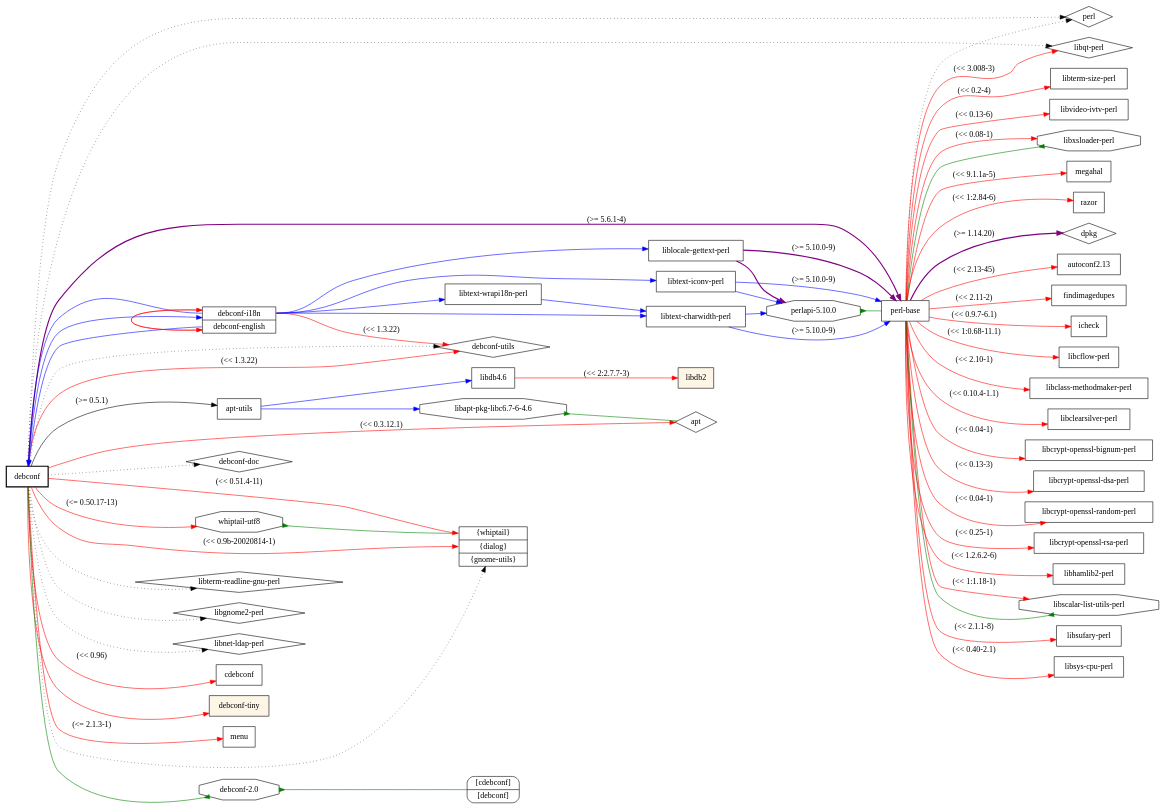
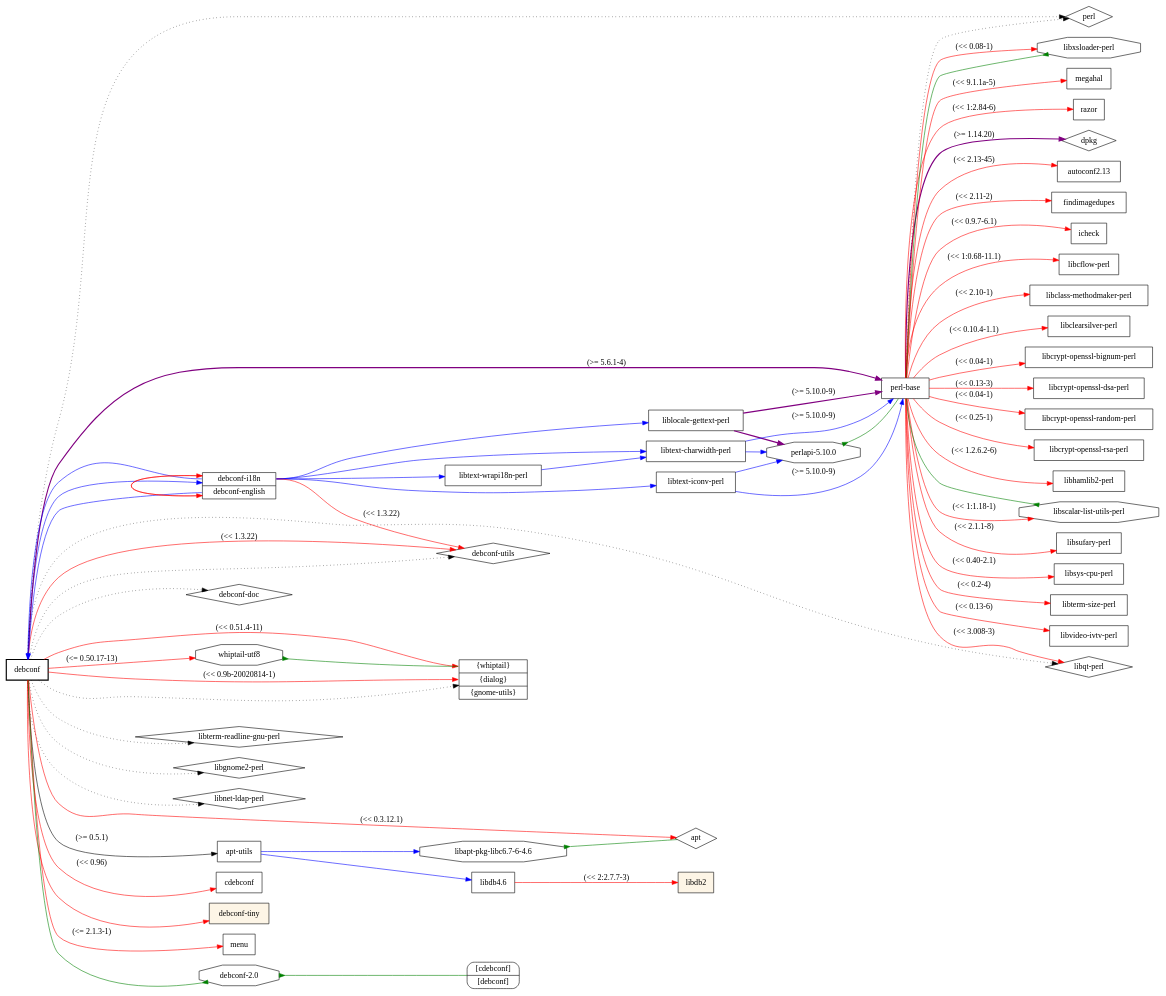
One commit to juandesant/debtree changed the diagram in testset/debconf7.dot. Above: the diagram before and after it, drawn with Graphviz. The commit also changed other lines of this file and 15 other files, not shown here.

```diff
--- a/testset/debconf7.dot
+++ b/testset/debconf7.dot
@@ -1,104 +1,104 @@
 digraph "debconf" {
 	rankdir=LR;
 	node [shape=box];
-	"debconf" -> "perl-base" [color=purple,style=bold,label="(>= 5.6.1-4)"];
+	"debconf" -> "alt1" [color=blue];
+	"alt1":"debconf-i18n" -> "debconf" [color=blue];
+	"alt1":"debconf-i18n" -> "liblocale-gettext-perl" [color=blue];
+	"liblocale-gettext-perl" -> "perl-base" [color=purple,style=bold,label="(>= 5.10.0-9)"];
 	"perl-base" -> "dpkg" [color=purple,style=bold,label="(>= 1.14.20)"];
 	"perl-base" -> "perl" [style=dotted];
 	"perl-base" -> "autoconf2.13" [color=red,label="(<< 2.13-45)"];
 	"perl-base" -> "findimagedupes" [color=red,label="(<< 2.11-2)"];
 	"perl-base" -> "icheck" [color=red,label="(<< 0.9.7-6.1)"];
 	"perl-base" -> "libcflow-perl" [color=red,label="(<< 1:0.68-11.1)"];
 	"perl-base" -> "libclass-methodmaker-perl" [color=red,label="(<< 2.10-1)"];
 	"perl-base" -> "libclearsilver-perl" [color=red,label="(<< 0.10.4-1.1)"];
 	"perl-base" -> "libcrypt-openssl-bignum-perl" [color=red,label="(<< 0.04-1)"];
 	"perl-base" -> "libcrypt-openssl-dsa-perl" [color=red,label="(<< 0.13-3)"];
 	"perl-base" -> "libcrypt-openssl-random-perl" [color=red,label="(<< 0.04-1)"];
 	"perl-base" -> "libcrypt-openssl-rsa-perl" [color=red,label="(<< 0.25-1)"];
 	"perl-base" -> "libhamlib2-perl" [color=red,label="(<< 1.2.6.2-6)"];
 	"perl-base" -> "libqt-perl" [color=red,label="(<< 3.008-3)"];
 	"perl-base" -> "libscalar-list-utils-perl" [color=red,label="(<< 1:1.18-1)"];
 	"perl-base" -> "libsufary-perl" [color=red,label="(<< 2.1.1-8)"];
 	"perl-base" -> "libsys-cpu-perl" [color=red,label="(<< 0.40-2.1)"];
 	"perl-base" -> "libterm-size-perl" [color=red,label="(<< 0.2-4)"];
 	"perl-base" -> "libvideo-ivtv-perl" [color=red,label="(<< 0.13-6)"];
 	"perl-base" -> "libxsloader-perl" [color=red,label="(<< 0.08-1)"];
 	"perl-base" -> "megahal" [color=red,label="(<< 9.1.1a-5)"];
 	"perl-base" -> "razor" [color=red,label="(<< 1:2.84-6)"];
-	"debconf" -> "alt1" [color=blue];
-	"alt1":"debconf-i18n" -> "debconf" [color=blue];
-	"alt1":"debconf-i18n" -> "liblocale-gettext-perl" [color=blue];
-	"liblocale-gettext-perl" -> "perl-base" [color=purple,style=bold,label="(>= 5.10.0-9)"];
 	"liblocale-gettext-perl" -> "perlapi-5.10.0" [color=purple,style=bold];
 	"perlapi-5.10.0" -> "perl-base" [dir=back,arrowtail=inv,color=green];
 	"perlapi-5.10.0" [shape=octagon];
 	"alt1":"debconf-i18n" -> "libtext-iconv-perl" [color=blue];
 	"libtext-iconv-perl" -> "perl-base" [color=blue,label="(>= 5.10.0-9)"];
 	"libtext-iconv-perl" -> "perlapi-5.10.0" [color=blue];
 	"alt1":"debconf-i18n" -> "libtext-wrapi18n-perl" [color=blue];
 	"libtext-wrapi18n-perl" -> "libtext-charwidth-perl" [color=blue];
 	"libtext-charwidth-perl" -> "perl-base" [color=blue,label="(>= 5.10.0-9)"];
 	"libtext-charwidth-perl" -> "perlapi-5.10.0" [color=blue];
 	"alt1":"debconf-i18n" -> "libtext-charwidth-perl" [color=blue];
 	"alt1":"debconf-i18n" -> "alt1":"debconf-english" [color=red];
 	"alt1":"debconf-i18n" -> "debconf-utils" [color=red,label="(<< 1.3.22)"];
 	"alt1":"debconf-english" -> "debconf" [color=blue];
 	"alt1":"debconf-english" -> "alt1":"debconf-i18n" [color=red];
-	"debconf" -> "apt-utils" [label="(>= 0.5.1)"];
-	"apt-utils" -> "libapt-pkg-libc6.7-6-4.6" [color=blue];
-	"libapt-pkg-libc6.7-6-4.6" -> "apt" [dir=back,arrowtail=inv,color=green];
-	"libapt-pkg-libc6.7-6-4.6" [shape=octagon];
-	"apt-utils" -> "libdb4.6" [color=blue];
-	"libdb4.6" -> "libdb2" [color=red,label="(<< 2:2.7.7-3)"];
+	"debconf" -> "perl-base" [color=purple,style=bold,label="(>= 5.6.1-4)"];
 	"debconf" -> "debconf-doc" [style=dotted];
 	"debconf" -> "debconf-utils" [style=dotted];
 	"debconf" -> "alt2" [style=dotted];
 	"debconf" -> "libterm-readline-gnu-perl" [style=dotted];
 	"debconf" -> "libgnome2-perl" [style=dotted];
 	"debconf" -> "libqt-perl" [style=dotted];
 	"debconf" -> "libnet-ldap-perl" [style=dotted];
 	"debconf" -> "perl" [style=dotted];
+	"debconf" -> "apt-utils" [label="(>= 0.5.1)"];
+	"apt-utils" -> "libapt-pkg-libc6.7-6-4.6" [color=blue];
+	"libapt-pkg-libc6.7-6-4.6" -> "apt" [dir=back,arrowtail=inv,color=green];
+	"libapt-pkg-libc6.7-6-4.6" [shape=octagon];
+	"apt-utils" -> "libdb4.6" [color=blue];
+	"libdb4.6" -> "libdb2" [color=red,label="(<< 2:2.7.7-3)"];
 	"debconf" -> "apt" [color=red,label="(<< 0.3.12.1)"];
 	"debconf" -> "cdebconf" [color=red,label="(<< 0.96)"];
 	"debconf" -> "debconf-tiny" [color=red];
 	"debconf" -> "debconf-utils" [color=red,label="(<< 1.3.22)"];
 	"debconf" -> "alt2":"dialog" [color=red,label="(<< 0.9b-20020814-1)"];
 	"debconf" -> "menu" [color=red,label="(<= 2.1.3-1)"];
 	"debconf" -> "alt2":"whiptail" [color=red,label="(<< 0.51.4-11)"];
 	"debconf" -> "whiptail-utf8" [color=red,label="(<= 0.50.17-13)"];
 	"debconf" -> "debconf-2.0" [arrowhead=inv,color=green];
 	"debconf-2.0" -> virt1 [dir=back,arrowtail=inv,color=green];
 	"debconf-2.0" [shape=octagon];
 	"debconf" [style="setlinewidth(2)"]
 	"debconf-tiny" [style=filled,fillcolor=oldlace];
 	"libdb2" [style=filled,fillcolor=oldlace];
 	"libscalar-list-utils-perl" -> "perl-base" [dir=back,arrowtail=inv,color=green];
 	"libscalar-list-utils-perl" [shape=octagon];
 	"libxsloader-perl" -> "perl-base" [dir=back,arrowtail=inv,color=green];
 	"libxsloader-perl" [shape=octagon];
 	"whiptail-utf8" -> "alt2":"whiptail" [dir=back,arrowtail=inv,color=green];
 	"whiptail-utf8" [shape=octagon];
 	alt1 [
 		shape = "record"
 		label = "<debconf-i18n> debconf-i18n | <debconf-english> debconf-english"
 	]
 	alt2 [
 		shape = "record"
 		label = "<whiptail> \{whiptail\} | <dialog> \{dialog\} | <gnome-utils> \{gnome-utils\}"
 	]
 	virt1 [
 		shape = "record"
 		style = "rounded"
 		label = "<cdebconf> [cdebconf] | <debconf> [debconf]"
 	]
 	"apt" [shape=diamond];
 	"debconf-doc" [shape=diamond];
 	"debconf-utils" [shape=diamond];
 	"dpkg" [shape=diamond];
 	"libgnome2-perl" [shape=diamond];
 	"libnet-ldap-perl" [shape=diamond];
 	"libqt-perl" [shape=diamond];
 	"libterm-readline-gnu-perl" [shape=diamond];
 	"perl" [shape=diamond];
 }
 // Excluded dependencies:
 // libc6 libgcc1 libstdc++6
```
